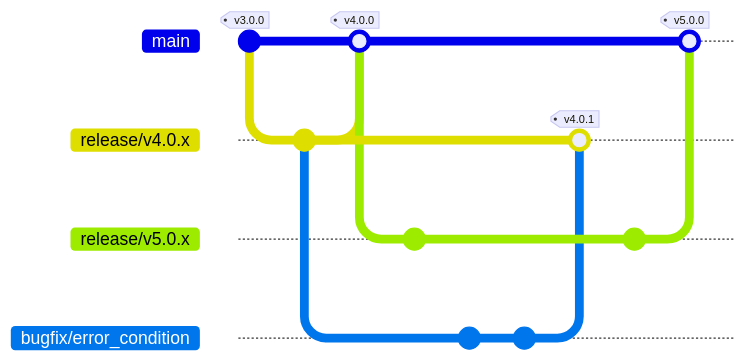
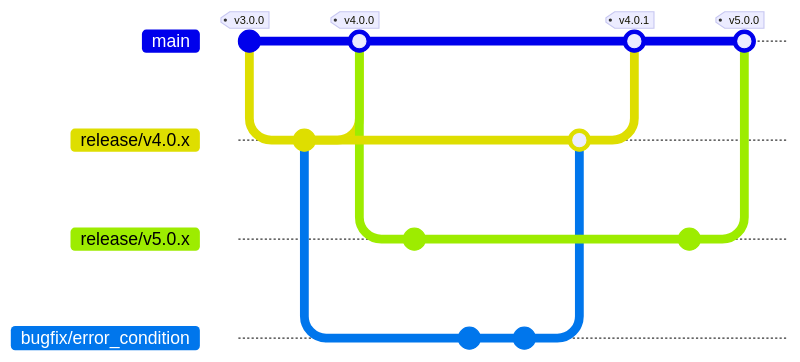
One commit to LuDubies/branchdoc_io_test changed the fifth of 5 diagrams in doc/branches/branch_types.md. Above: the diagram before and after it, drawn with Mermaid. The commit also changed other lines of this file, not shown here. Commit ids are hidden.

````diff
--- a/doc/branches/branch_types.md
+++ b/doc/branches/branch_types.md
@@ -108,22 +127,24 @@
 ```{mermaid}
 %%{init: { 'gitGraph': {'showCommitLabel': false}} }%%
 gitGraph
     commit tag: "v3.0.0"
     branch release/v4.0.x
     commit
     checkout main
     merge release/v4.0.x tag: "v4.0.0"
     branch release/v5.0.x
     commit
     checkout main
     checkout release/v4.0.x
     branch bugfix/error_condition
     commit
     commit
     checkout release/v4.0.x
-    merge bugfix/error_condition tag: "v4.0.1"
+    merge bugfix/error_condition
+    checkout main
+    merge release/v4.0.x tag: "v4.0.1"
     checkout release/v5.0.x
     commit
     checkout main
     merge release/v5.0.x tag: "v5.0.0"
 ```
````
